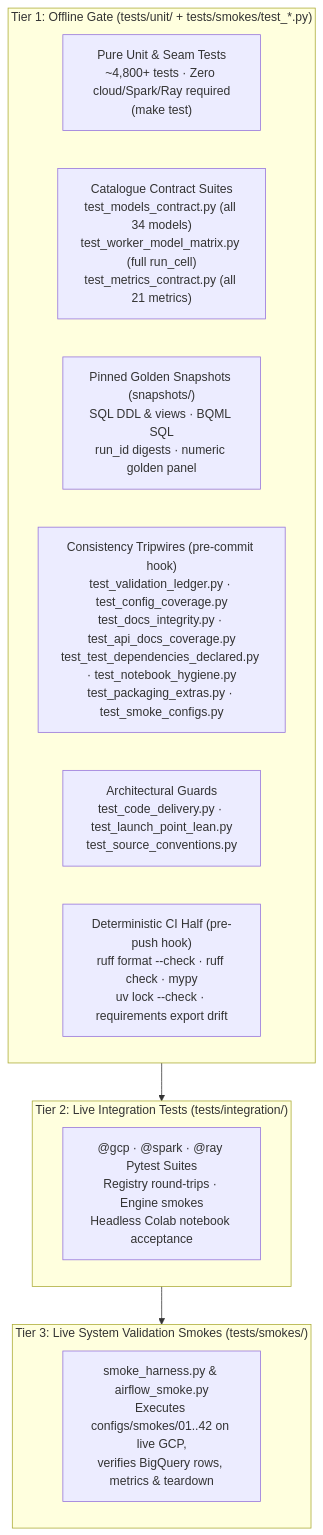
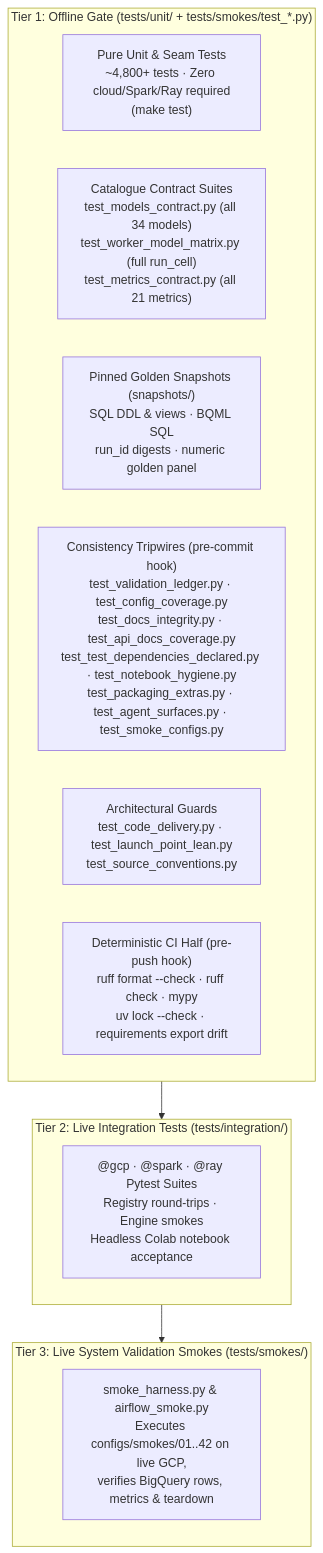
Before and after one commit to statmike/scale-forecasting: the diagram in tests/README.md, drawn with Mermaid. The commit also changed other lines of this file and 32 other files, not shown here.

Commit message:
feat(agent): add built-in MCP server, portable AI skill, JSON Schema, llms.txt & Cloud Shell tutorial (Phase F.6)

````diff
--- a/tests/README.md
+++ b/tests/README.md
@@ -5,22 +5,22 @@
 ```mermaid
 flowchart TB
     subgraph offline["Tier 1: Offline Gate (tests/unit/ + tests/smokes/test_*.py)"]
         direction LR
         unit["Pure Unit & Seam Tests<br/>~4,800+ tests · Zero cloud/Spark/Ray required<br/>(make test)"]
         contracts["Catalogue Contract Suites<br/>test_models_contract.py (all 34 models)<br/>test_worker_model_matrix.py (full run_cell)<br/>test_metrics_contract.py (all 21 metrics)"]
         snaps["Pinned Golden Snapshots (snapshots/)<br/>SQL DDL & views · BQML SQL<br/>run_id digests · numeric golden panel"]
-        trips["Consistency Tripwires (pre-commit hook)<br/>test_validation_ledger.py · test_config_coverage.py<br/>test_docs_integrity.py · test_api_docs_coverage.py<br/>test_test_dependencies_declared.py · test_notebook_hygiene.py<br/>test_packaging_extras.py · test_smoke_configs.py"]
+        trips["Consistency Tripwires (pre-commit hook)<br/>test_validation_ledger.py · test_config_coverage.py<br/>test_docs_integrity.py · test_api_docs_coverage.py<br/>test_test_dependencies_declared.py · test_notebook_hygiene.py<br/>test_packaging_extras.py · test_agent_surfaces.py · test_smoke_configs.py"]
         guards["Architectural Guards<br/>test_code_delivery.py · test_launch_point_lean.py<br/>test_source_conventions.py"]
         push["Deterministic CI Half (pre-push hook)<br/>ruff format --check · ruff check · mypy<br/>uv lock --check · requirements export drift"]
     end
 
     subgraph integ["Tier 2: Live Integration Tests (tests/integration/)"]
         it["@gcp · @spark · @ray Pytest Suites<br/>Registry round-trips · Engine smokes<br/>Headless Colab notebook acceptance"]
     end
 
     subgraph smokes["Tier 3: Live System Validation Smokes (tests/smokes/)"]
         sh["smoke_harness.py & airflow_smoke.py<br/>Executes configs/smokes/01..42 on live GCP,<br/>verifies BigQuery rows, metrics & teardown"]
     end
 
     offline --> integ --> smokes
 ```
````
